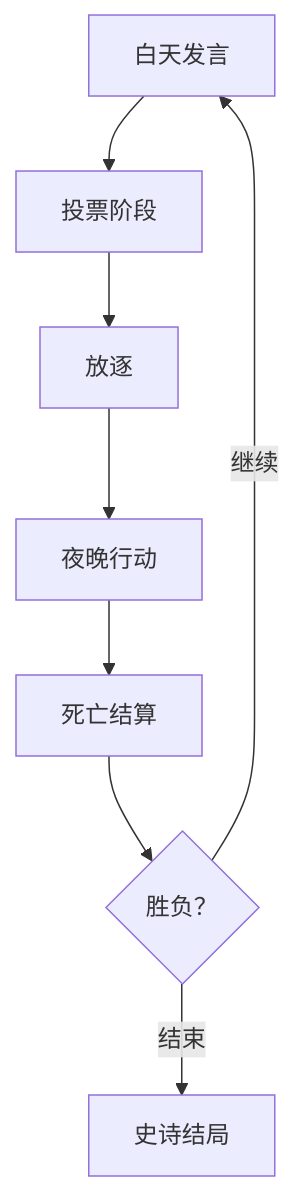
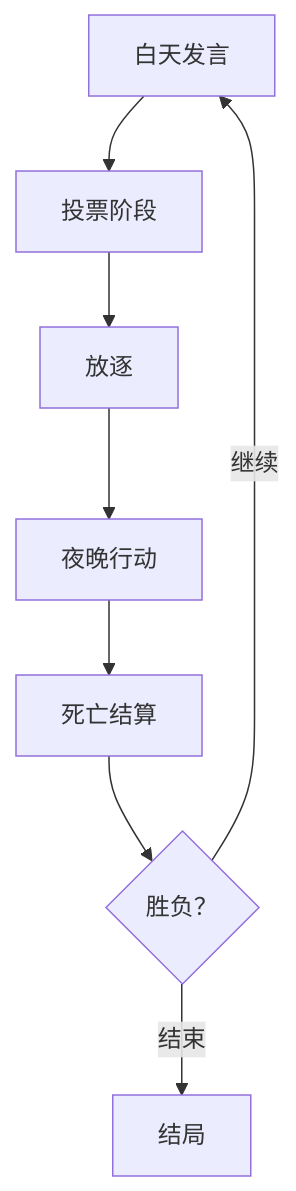
The diagram in README.md (Ael0ria/ming-werewolf-agent), drawn with Mermaid before and after one commit. The commit also changed other lines of this file, not shown here.

````diff
--- a/README.md
+++ b/README.md
@@ -30,10 +30,10 @@
 ```mermaid
 graph TD
     A[白天发言] --> B[投票阶段]
     B --> C[放逐]
     C --> D[夜晚行动]
     D --> E[死亡结算]
     E --> F{胜负？}
     F -->|继续| A
-    F -->|结束| G[史诗结局]
+    F -->|结束| G[结局]
 ```
````
